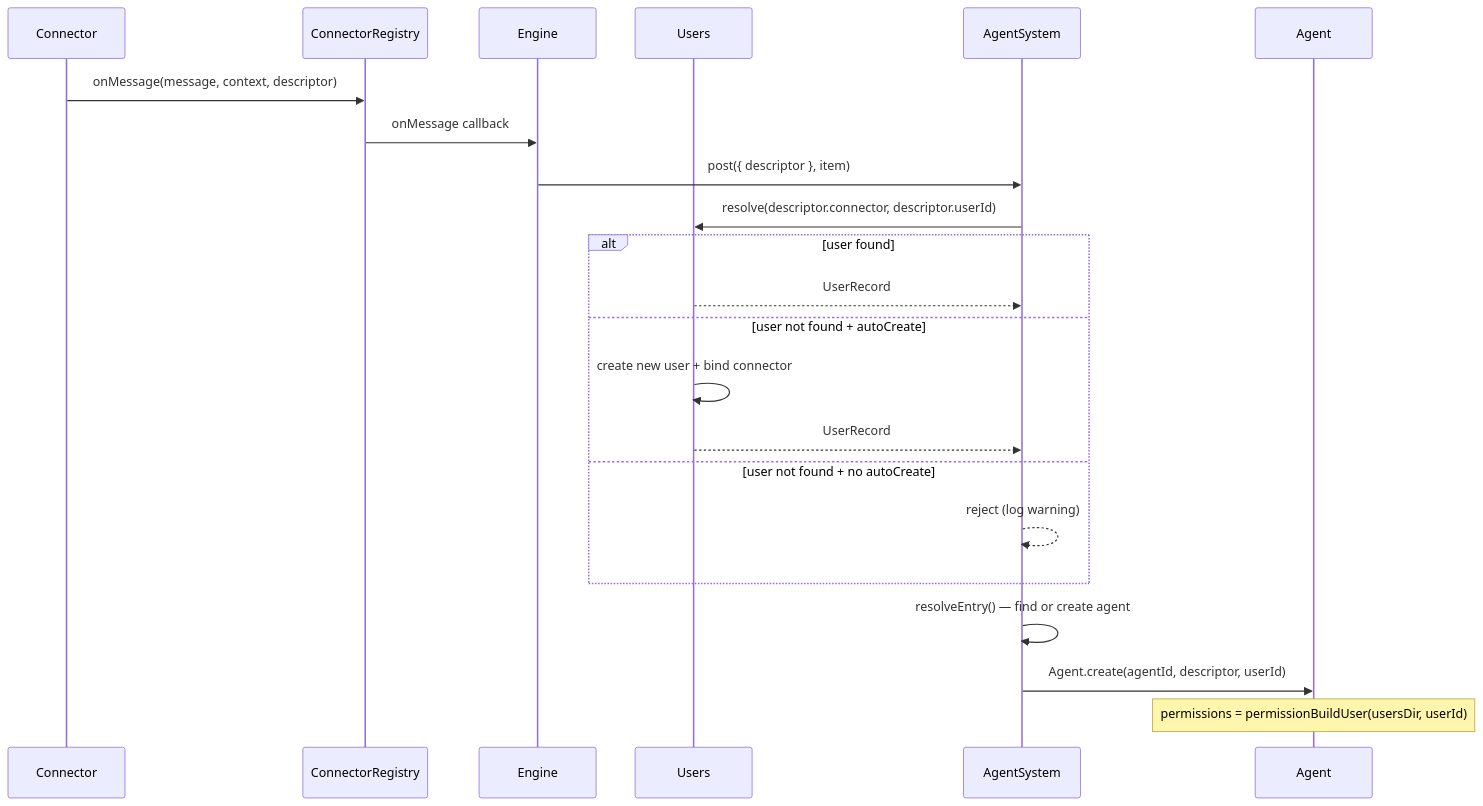
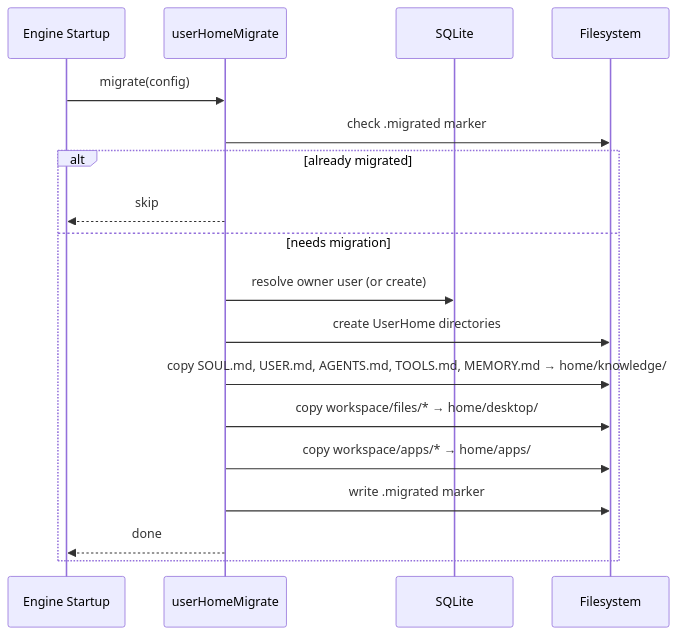
One commit to ex3ndr-bot/daycare changed the diagram in docs/plans/multiuser-home-directories.md. Above: the diagram before and after it, drawn with Mermaid. The commit also changed other lines of this file and 1 other file, not shown here.

````diff
--- a/docs/plans/multiuser-home-directories.md
+++ b/docs/plans/multiuser-home-directories.md
@@ -299,25 +264,21 @@
 ```mermaid
 sequenceDiagram
-    participant C as Connector
-    participant CR as ConnectorRegistry
-    participant E as Engine
-    participant U as Users
-    participant AS as AgentSystem
-    participant A as Agent
+    participant E as Engine Startup
+    participant M as userHomeMigrate
+    participant DB as SQLite
+    participant FS as Filesystem
 
-    C->>CR: onMessage(message, context, descriptor)
-    CR->>E: onMessage callback
-    E->>AS: post({ descriptor }, item)
-    AS->>U: resolve(descriptor.connector, descriptor.userId)
-    alt user found
-        U-->>AS: UserRecord
-    else user not found + autoCreate
-        U->>U: create new user + bind connector
-        U-->>AS: UserRecord
-    else user not found + no autoCreate
-        AS-->>AS: reject (log warning)
+    E->>M: migrate(config)
+    M->>FS: check .migrated marker
+    alt already migrated
+        M-->>E: skip
+    else needs migration
+        M->>DB: resolve owner user (or create)
+        M->>FS: create UserHome directories
+        M->>FS: copy SOUL.md, USER.md, AGENTS.md, TOOLS.md, MEMORY.md → home/knowledge/
+        M->>FS: copy workspace/files/* → home/desktop/
+        M->>FS: copy workspace/apps/* → home/apps/
+        M->>FS: write .migrated marker
+        M-->>E: done
     end
-    AS->>AS: resolveEntry() — find or create agent
-    AS->>A: Agent.create(agentId, descriptor, userId)
-    Note over A: permissions = permissionBuildUser(usersDir, userId)
 ```
````
